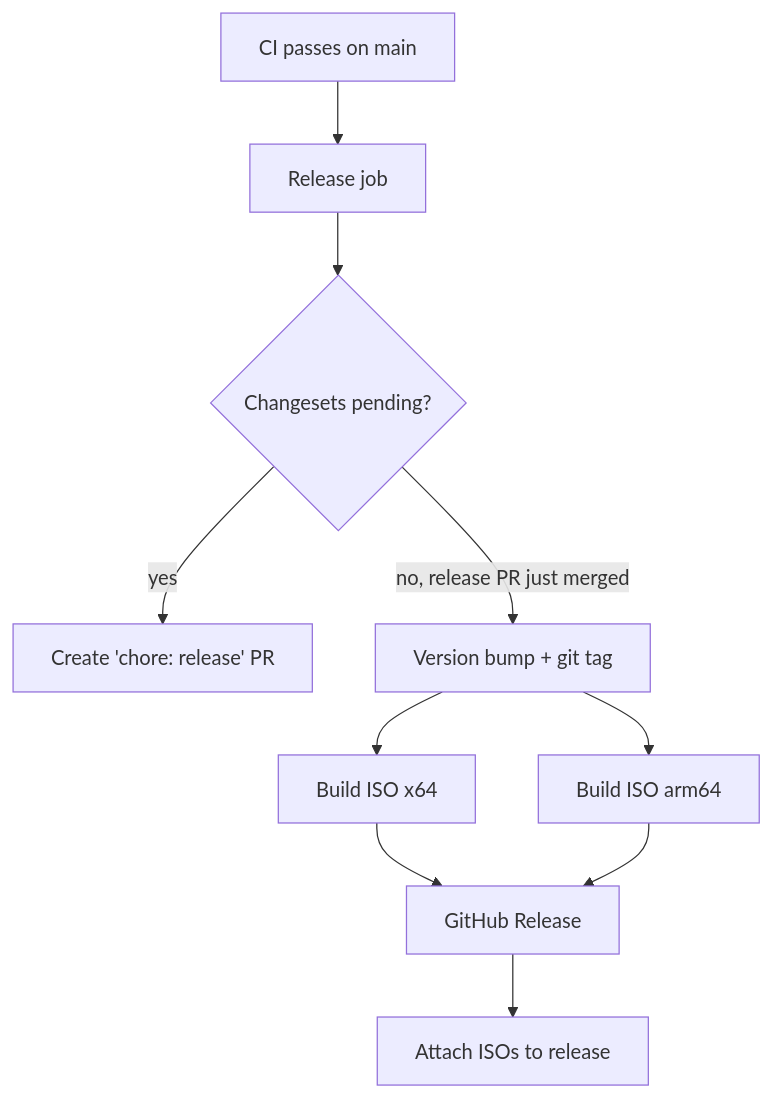
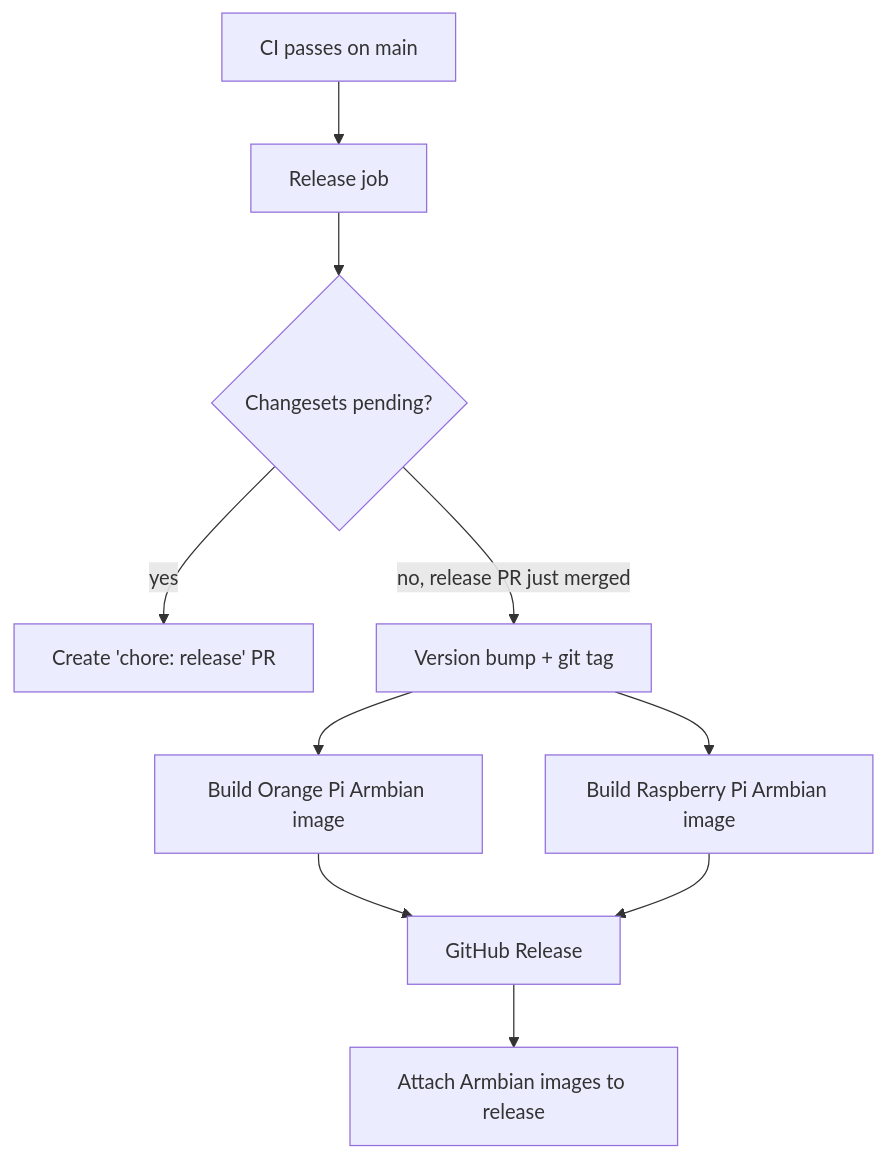
One commit to thejustinwalsh/noron changed the fourth of 5 diagrams in .github/workflows/README.md. Above: the diagram before and after it, drawn with Mermaid. The commit also changed other lines of this file and 4 other files, not shown here.

Commit message:
ci: publish only Armbian release images

````diff
--- a/.github/workflows/README.md
+++ b/.github/workflows/README.md
@@ -64,13 +64,13 @@
 ```mermaid
 graph TD
     A[CI passes on main] --> B[Release job]
     B --> C{Changesets pending?}
     C --> |yes| D[Create 'chore: release' PR]
     C --> |no, release PR just merged| E[Version bump + git tag]
 
-    E --> F[Build ISO x64]
-    E --> G[Build ISO arm64]
+    E --> F[Build Orange Pi Armbian image]
+    E --> G[Build Raspberry Pi Armbian image]
     F --> H[GitHub Release]
     G --> H
-    H --> I[Attach ISOs to release]
+    H --> I[Attach Armbian images to release]
 ```
````
